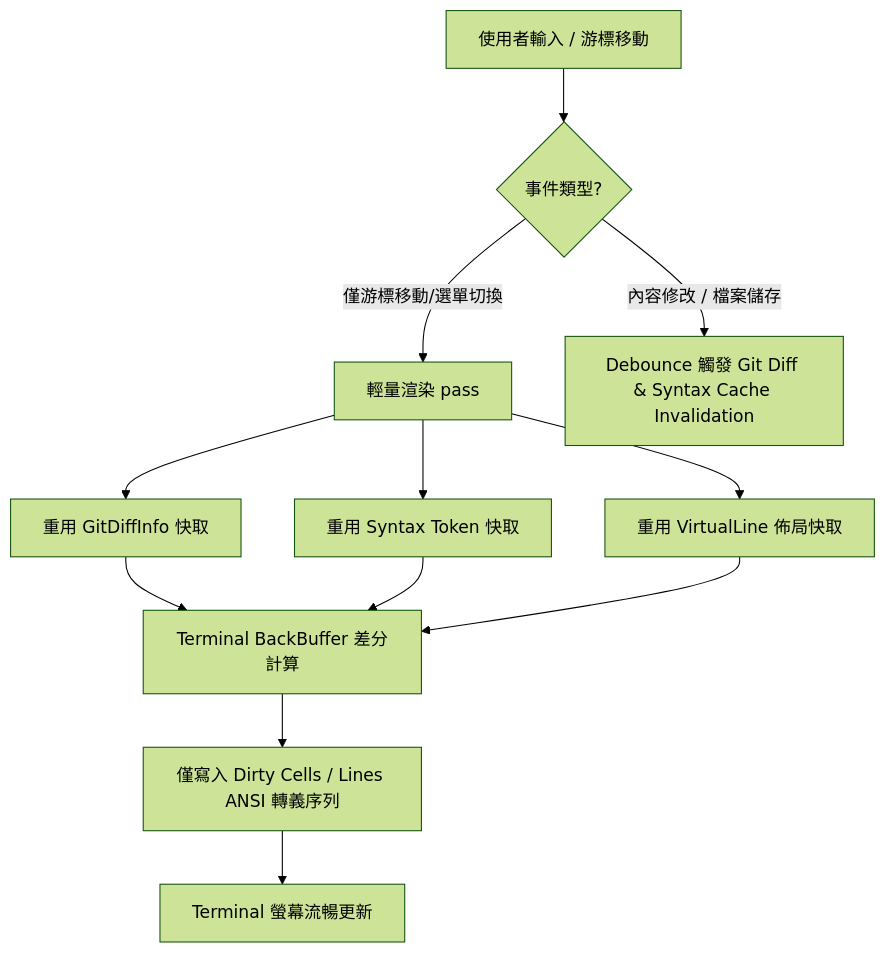
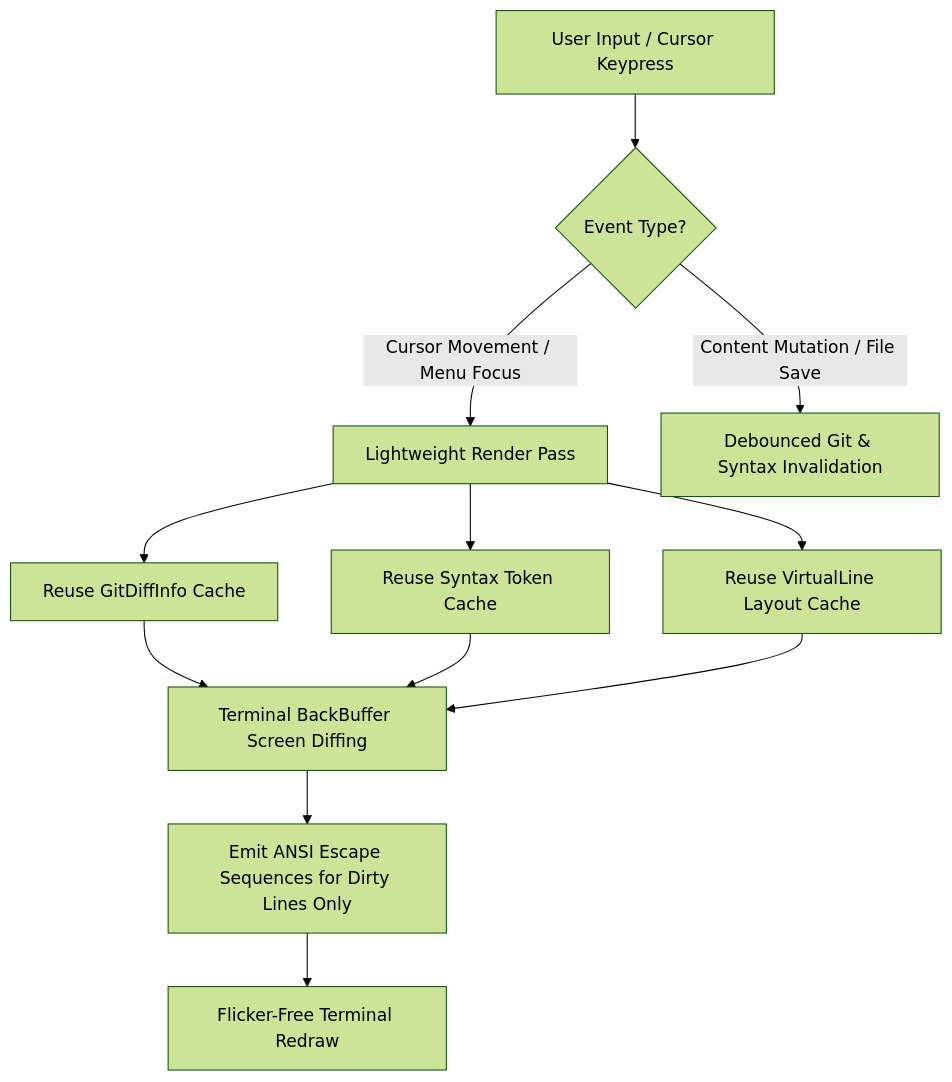
One commit to zonble/zago changed the diagram in docs/rendering_performance.md. Above: the diagram before and after it, drawn with Mermaid (forest theme). The commit also changed other lines of this file and 4 other files, not shown here.

````diff
--- a/docs/rendering_performance.md
+++ b/docs/rendering_performance.md
@@ -37,18 +22,18 @@
 ```mermaid
 flowchart TD
-    UserEvent[使用者輸入 / 游標移動] --> EventFilter{事件類型?}
+    UserEvent[User Input / Cursor Keypress] --> EventFilter{Event Type?}
     
-    EventFilter -- 僅游標移動/選單切換 --> SoftRender[輕量渲染 pass]
-    EventFilter -- 內容修改 / 檔案儲存 --> DebouncedGit[Debounce 觸發 Git Diff & Syntax Cache Invalidation]
+    EventFilter -- Cursor Movement / Menu Focus --> SoftRender[Lightweight Render Pass]
+    EventFilter -- Content Mutation / File Save --> DebouncedGit[Debounced Git & Syntax Invalidation]
     
-    SoftRender --> Layer1[重用 GitDiffInfo 快取]
-    SoftRender --> Layer2[重用 Syntax Token 快取]
-    SoftRender --> Layer3[重用 VirtualLine 佈局快取]
+    SoftRender --> Layer1[Reuse GitDiffInfo Cache]
+    SoftRender --> Layer2[Reuse Syntax Token Cache]
+    SoftRender --> Layer3[Reuse VirtualLine Layout Cache]
     
-    Layer1 --> ScreenDiff[Terminal BackBuffer 差分計算]
+    Layer1 --> ScreenDiff[Terminal BackBuffer Screen Diffing]
     Layer2 --> ScreenDiff
     Layer3 --> ScreenDiff
     
-    ScreenDiff --> DirtyANSI[僅寫入 Dirty Cells / Lines ANSI 轉義序列]
-    DirtyANSI --> Output[Terminal 螢幕流暢更新]
+    ScreenDiff --> DirtyANSI[Emit ANSI Escape Sequences for Dirty Lines Only]
+    DirtyANSI --> Output[Flicker-Free Terminal Redraw]
 ```
````
